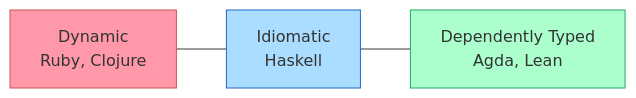
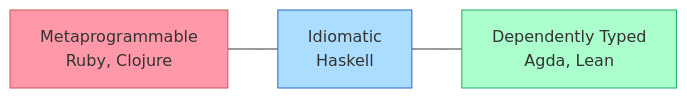
Before and after one commit to monadicsystems/okapi: the first of 3 diagrams in posts/new-method-for-defining-http-apis.md, drawn with Mermaid. The commit also changed other lines of this file and 15 other files, not shown here.

````diff
--- a/posts/new-method-for-defining-http-apis.md
+++ b/posts/new-method-for-defining-http-apis.md
@@ -34,8 +9,8 @@
 ```mermaid
 flowchart LR
-  A["Dynamic<br/>Ruby, Clojure"]:::dynamic --- B["Idiomatic<br/>Haskell"]:::idiomatic --- C["Dependently Typed<br/>Agda, Lean"]:::dependent
+  A["Metaprogrammable<br/>Ruby, Clojure"]:::dynamic --- B["Idiomatic<br/>Haskell"]:::idiomatic --- C["Dependently Typed<br/>Agda, Lean"]:::dependent
 
   classDef dynamic   fill:#f9a,stroke:#c55
   classDef idiomatic fill:#adf,stroke:#26c
   classDef dependent fill:#afc,stroke:#2a6
 ```
````
